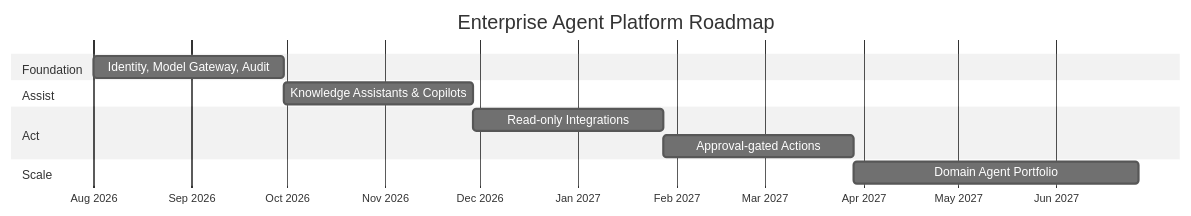
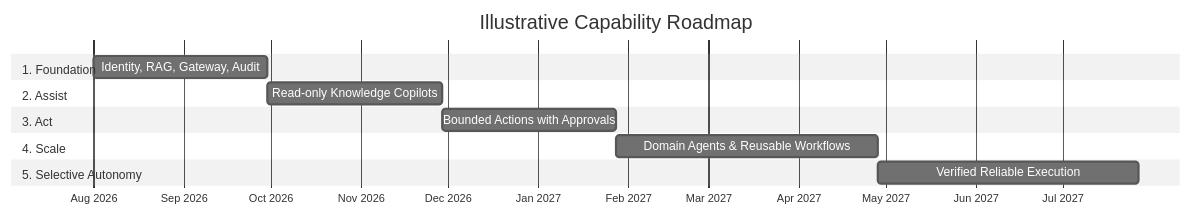
Before and after one commit to SawabS/temp: the seventh of 7 diagrams in jpmorgan_enterprise_ai_cto_brief.md, drawn with Mermaid (neutral theme). The commit also changed other lines of this file, not shown here.

Commit message:
docs: cinematic rewrite of CTO brief with detailed architecture and roadmap

````diff
--- a/jpmorgan_enterprise_ai_cto_brief.md
+++ b/jpmorgan_enterprise_ai_cto_brief.md
@@ -122,16 +271,21 @@
 ```mermaid
 gantt
-    title Enterprise Agent Platform Roadmap
+    title Illustrative Capability Roadmap
     dateFormat  YYYY-MM-DD
     axisFormat  %b %Y
 
-    section Foundation
-    Identity, Model Gateway, Audit :a1, 2026-08-01, 60d
-    section Assist
-    Knowledge Assistants & Copilots :b1, after a1, 60d
-    section Act
-    Read-only Integrations :c1, after b1, 60d
-    Approval-gated Actions :c2, after c1, 60d
-    section Scale
-    Domain Agent Portfolio :d1, after c2, 90d
+    section 1. Foundation
+    Identity, RAG, Gateway, Audit :a1, 2026-08-01, 60d
+    
+    section 2. Assist
+    Read-only Knowledge Copilots :b1, after a1, 60d
+    
+    section 3. Act
+    Bounded Actions with Approvals :c1, after b1, 60d
+    
+    section 4. Scale
+    Domain Agents & Reusable Workflows :d1, after c1, 90d
+    
+    section 5. Selective Autonomy
+    Verified Reliable Execution :e1, after d1, 90d
 ```
````
